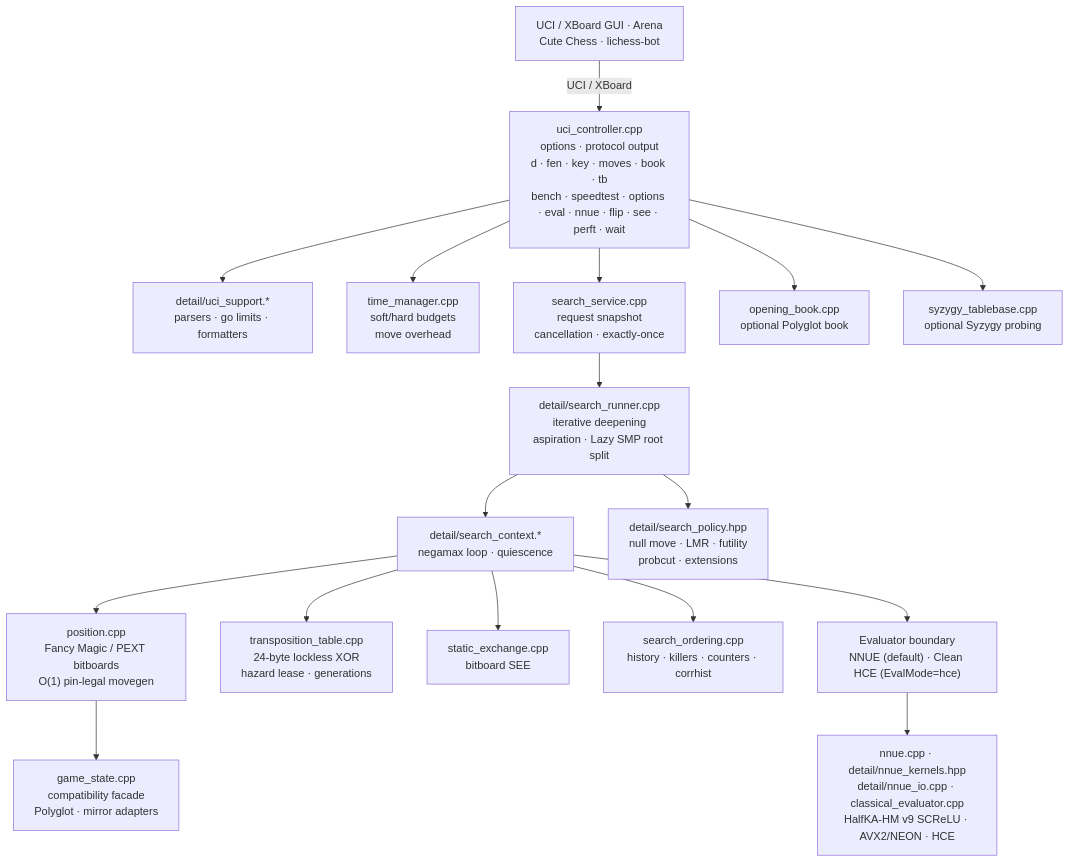
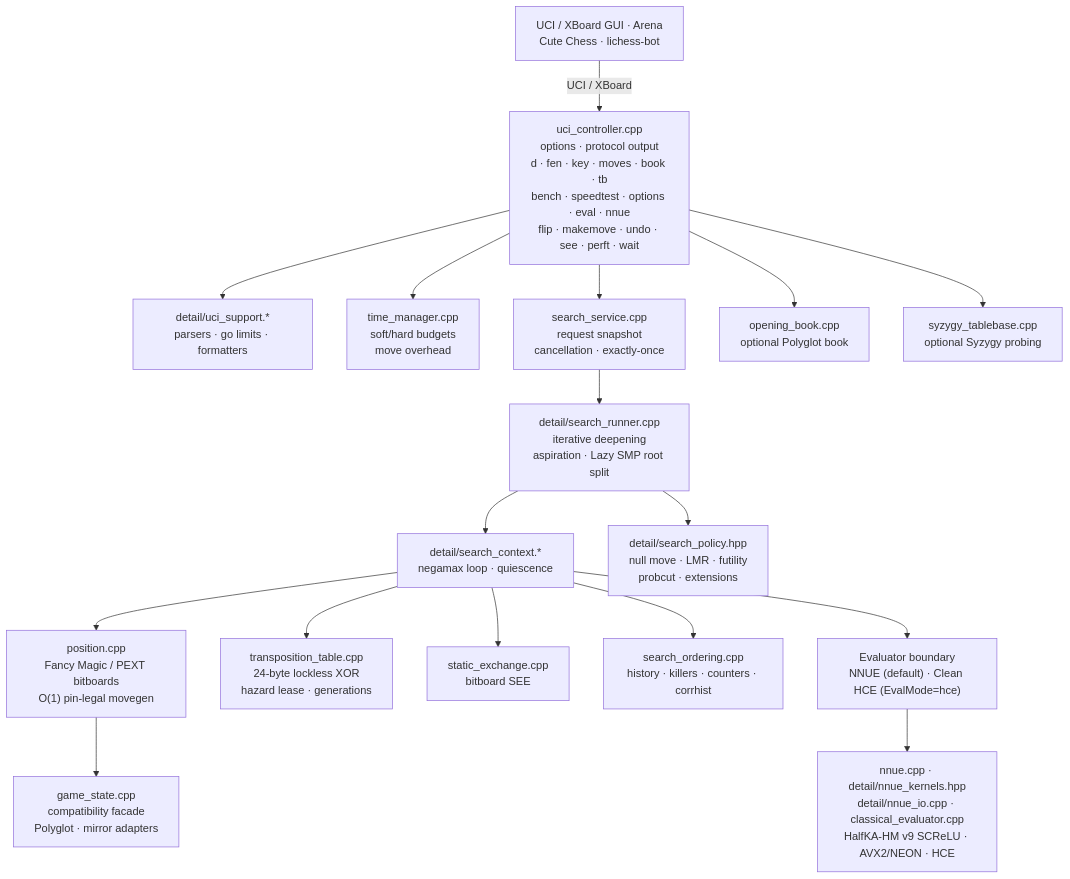
Before and after one commit to nhatquang1701/Koi: the diagram in docs/ARCHITECTURE.md, drawn with Mermaid. The commit also changed 8 other files, not shown here.

Commit message:
docs: polish Material site footer, fix koi-perft docs, and sync makemove/undo

````diff
--- a/docs/ARCHITECTURE.md
+++ b/docs/ARCHITECTURE.md
@@ -7,20 +7,20 @@
 ```mermaid
 flowchart TD
     GUI["UCI / XBoard GUI · Arena<br/>Cute Chess · lichess-bot"] -- "UCI / XBoard" --> UCI
-    UCI["uci_controller.cpp<br/>options · protocol output<br/>d · fen · key · moves · book · tb<br/>bench · speedtest · options · eval · nnue · flip · see · perft · wait"]
+    UCI["uci_controller.cpp<br/>options · protocol output<br/>d · fen · key · moves · book · tb<br/>bench · speedtest · options · eval · nnue<br/>flip · makemove · undo · see · perft · wait"]
     UCI --> UCISUPPORT["detail/uci_support.*<br/>parsers · go limits · formatters"]
     UCI --> TIME["time_manager.cpp<br/>soft/hard budgets<br/>move overhead"]
     UCI --> SERVICE["search_service.cpp<br/>request snapshot<br/>cancellation · exactly-once"]
     SERVICE --> RUNNER["detail/search_runner.cpp<br/>iterative deepening<br/>aspiration · Lazy SMP root split"]
     RUNNER --> CONTEXT["detail/search_context.*<br/>negamax loop · quiescence"]
     RUNNER --> POLICY["detail/search_policy.hpp<br/>null move · LMR · futility<br/>probcut · extensions"]
     CONTEXT --> POSITION["position.cpp<br/>Fancy Magic / PEXT bitboards<br/>O(1) pin-legal movegen"]
     POSITION --> STATE["game_state.cpp<br/>compatibility facade<br/>Polyglot · mirror adapters"]
     CONTEXT --> TT["transposition_table.cpp<br/>24-byte lockless XOR<br/>hazard lease · generations"]
     CONTEXT --> SEE["static_exchange.cpp<br/>bitboard SEE"]
     CONTEXT --> ORDER["search_ordering.cpp<br/>history · killers · counters · corrhist"]
     CONTEXT --> EVAL["Evaluator boundary<br/>NNUE (default) · Clean HCE (EvalMode=hce)"]
     EVAL --> NNUE["nnue.cpp · detail/nnue_kernels.hpp<br/>detail/nnue_io.cpp · classical_evaluator.cpp<br/>HalfKA-HM v9 SCReLU · AVX2/NEON · HCE"]
     UCI --> BOOK["opening_book.cpp<br/>optional Polyglot book"]
     UCI --> TB["syzygy_tablebase.cpp<br/>optional Syzygy probing"]
 ```
````
